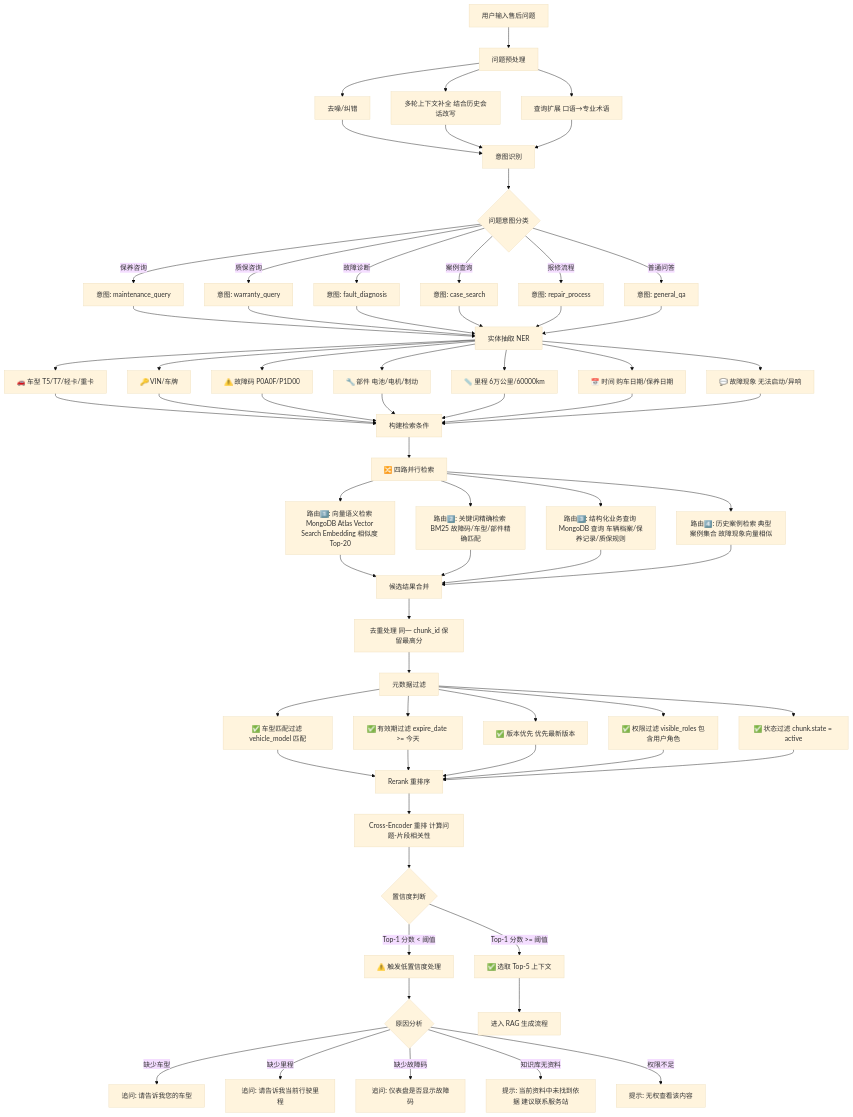
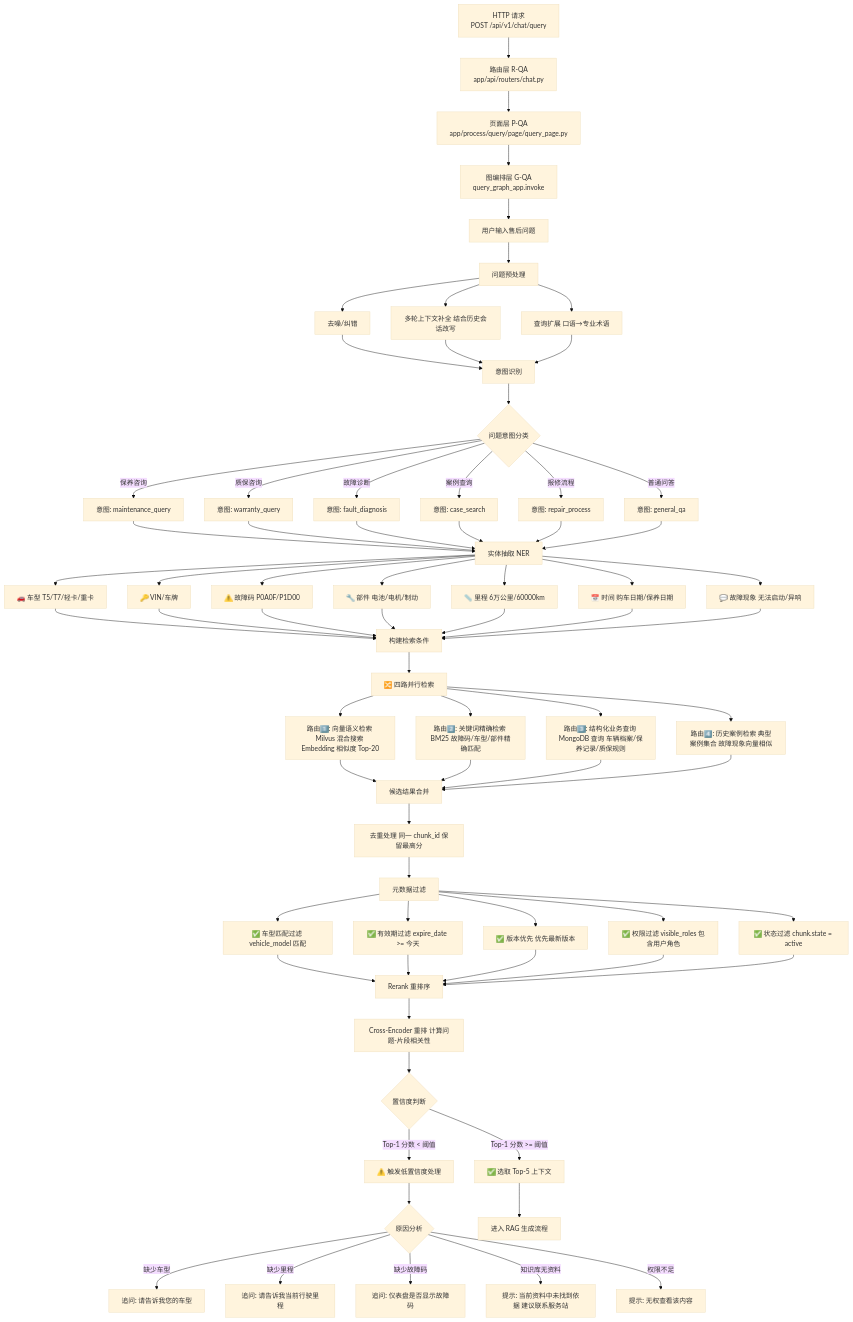
One commit to evanwusibin/auto-carcrm changed the diagram in flows/02_RAG检索流程/01_多路混合检索流程.md. Above: the diagram before and after it, drawn with Mermaid (base theme). The commit also changed other lines of this file and 43 other files, not shown here.

````diff
--- a/flows/02_RAG检索流程/01_多路混合检索流程.md
+++ b/flows/02_RAG检索流程/01_多路混合检索流程.md
@@ -11,6 +11,11 @@
 ```mermaid
 flowchart TD
-    A[用户输入售后问题] --> B[问题预处理]
+    %% ====== 三层调用链（外 → 内）======
+    HTTP[HTTP 请求<br/>POST /api/v1/chat/query] --> R-QA[路由层 R-QA<br/>app/api/routers/chat.py]
+    R-QA --> P-QA[页面层 P-QA<br/>app/process/query/page/query_page.py]
+    P-QA --> G-QA[图编排层 G-QA<br/>query_graph_app.invoke]
+    G-QA --> A[用户输入售后问题]
+    A --> B[问题预处理]
 
     B --> B1[去噪/纠错]
     B --> B2[多轮上下文补全 结合历史会话改写]
@@ -53,7 +58,7 @@
 
     E --> F[🔀 四路并行检索]
 
-    F --> F1[路由1️⃣: 向量语义检索 MongoDB Atlas Vector Search Embedding 相似度 Top-20]
+    F --> F1[路由1️⃣: 向量语义检索 Milvus 混合搜索 Embedding 相似度 Top-20]
     F --> F2[路由2️⃣: 关键词精确检索 BM25 故障码/车型/部件精确匹配]
     F --> F3[路由3️⃣: 结构化业务查询 MongoDB 查询 车辆档案/保养记录/质保规则]
     F --> F4[路由4️⃣: 历史案例检索 典型案例集合 故障现象向量相似]
````
